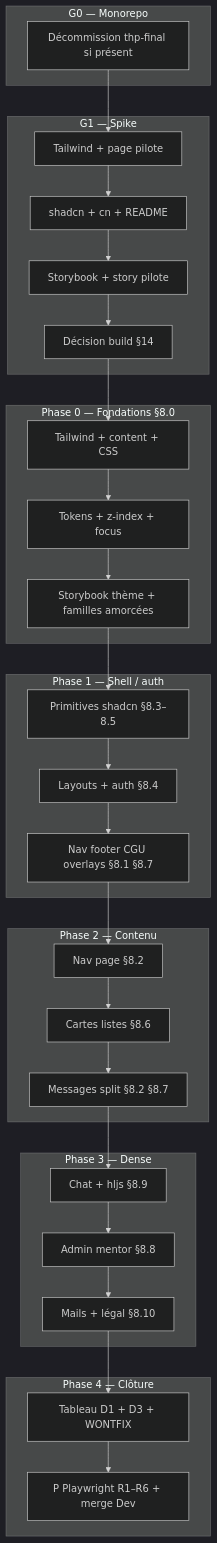
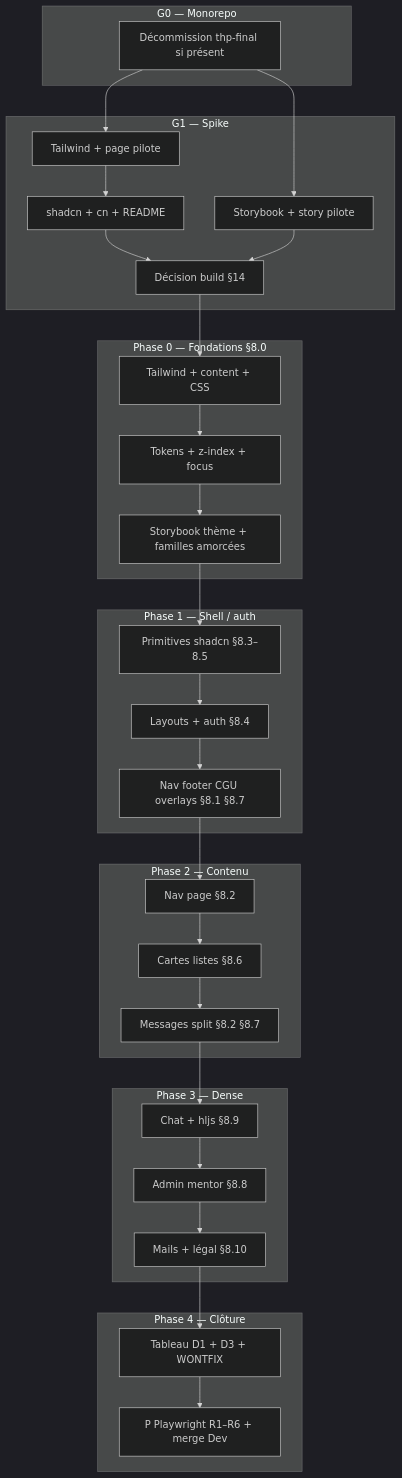
One commit to AllAboard-THP/All-Aboard changed the second of 2 diagrams in Docs/plan-integration-kit-ux-allaboard.md. Above: the diagram before and after it, drawn with Mermaid (dark theme). The commit also changed other lines of this file and 36 other files, not shown here.

````diff
--- a/Docs/plan-integration-kit-ux-allaboard.md
+++ b/Docs/plan-integration-kit-ux-allaboard.md
@@ -416,55 +547,58 @@
 ```mermaid
 flowchart TB
   subgraph g0[G0 — Monorepo]
     A0[Décommission thp-final si présent]
   end
 
   subgraph g1[G1 — Spike]
     A[Tailwind + page pilote]
     B[shadcn + cn + README]
     C[Storybook + story pilote]
     D[Décision build §14]
-    A --> B --> C --> D
+    A --> B
+    B --> D
+    C --> D
   end
 
   subgraph P0[Phase 0 — Fondations §8.0]
     P0a[Tailwind + content + CSS]
     P0b[Tokens + z-index + focus]
     P0c[Storybook thème + familles amorcées]
     P0a --> P0b --> P0c
   end
 
   subgraph P1[Phase 1 — Shell / auth]
     P1a[Primitives shadcn §8.3–8.5]
     P1b[Layouts + auth §8.4]
     P1c[Nav footer CGU overlays §8.1 §8.7]
     P1a --> P1b --> P1c
   end
 
   subgraph P2[Phase 2 — Contenu]
     P2a[Nav page §8.2]
     P2b[Cartes listes §8.6]
     P2c[Messages split §8.2 §8.7]
     P2a --> P2b --> P2c
   end
 
   subgraph P3[Phase 3 — Dense]
     P3a[Chat + hljs §8.9]
     P3b[Admin mentor §8.8]
     P3c[Mails + légal §8.10]
     P3a --> P3b --> P3c
   end
 
   subgraph P4[Phase 4 — Clôture]
     F1[Tableau D1 + D3 + WONTFIX]
     F2[P Playwright R1–R6 + merge Dev]
     F1 --> F2
   end
 
   A0 --> A
+  A0 --> C
   D --> P0a
   P0c --> P1a
   P1c --> P2a
   P2c --> P3a
   P3c --> F1
 ```
````
